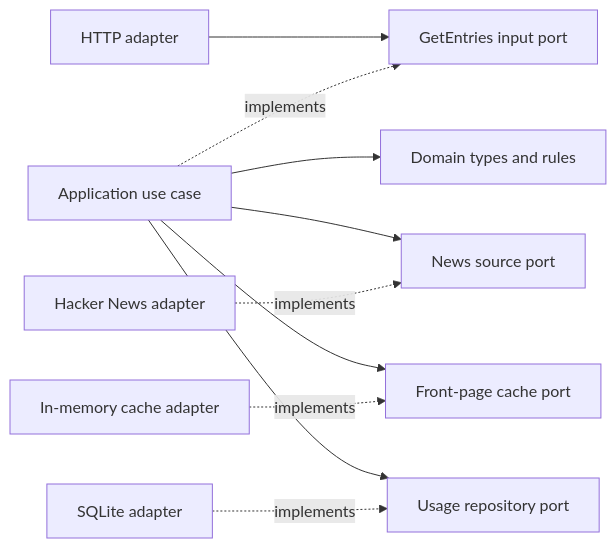
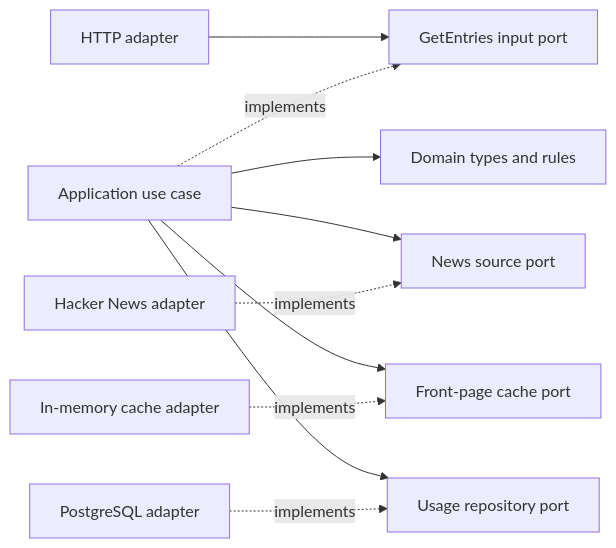
The diagram in docs/architecture.md (raphael899/hacker-news-crawler), drawn with Mermaid before and after one commit. The commit also changed other lines of this file and 15 other files, not shown here.

First line of the commit message:
feat: store usage records in PostgreSQL

````diff
--- a/docs/architecture.md
+++ b/docs/architecture.md
@@ -9,12 +9,12 @@
 ```mermaid
 flowchart LR
   HTTP[HTTP adapter] --> InputPort[GetEntries input port]
   UseCase[Application use case] -. implements .-> InputPort
   UseCase --> Domain[Domain types and rules]
   UseCase --> SourcePort[News source port]
   HN[Hacker News adapter] -. implements .-> SourcePort
   UseCase --> CachePort[Front-page cache port]
   Cache[In-memory cache adapter] -. implements .-> CachePort
   UseCase --> UsagePort[Usage repository port]
-  SQLite[SQLite adapter] -. implements .-> UsagePort
+  Postgres[PostgreSQL adapter] -. implements .-> UsagePort
 ```
````
